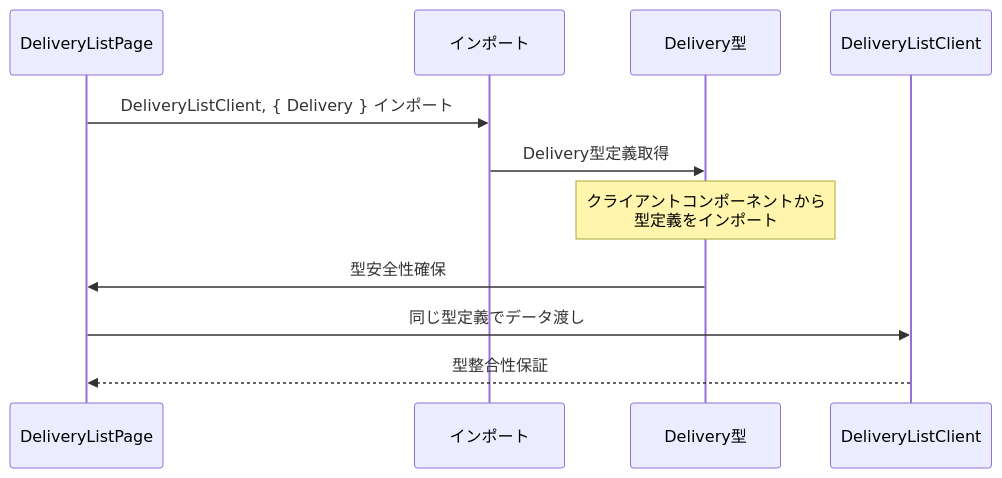
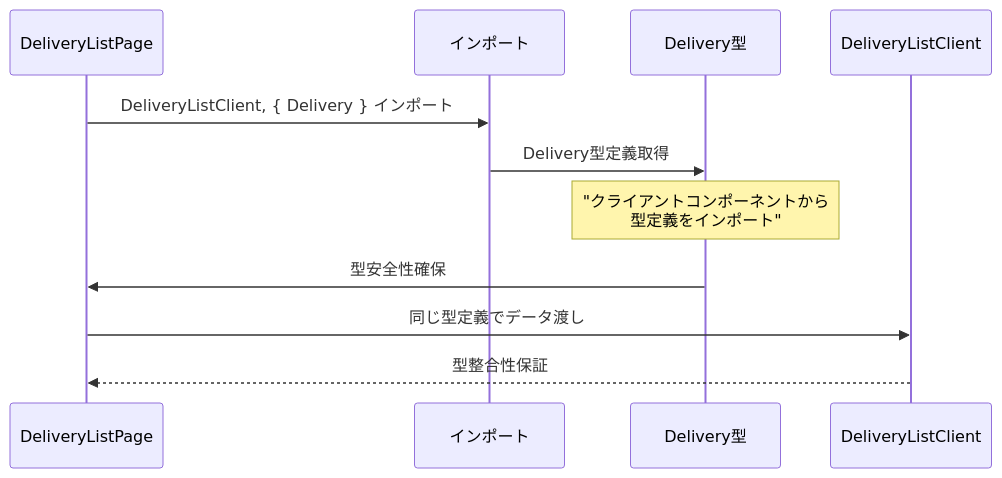
Before and after one commit to wasabi49/ocs-systemDevelopmentExercises: the sixth of 11 diagrams in document/pages/sequence/DeliveryList.md, drawn with Mermaid. The commit also changed other lines of this file and 42 other files, not shown here.

First line of the commit message:
fix: mermaidシーケンス図のNote over文でダブルクォーテーション不足を修正

````diff
--- a/document/pages/sequence/DeliveryList.md
+++ b/document/pages/sequence/DeliveryList.md
@@ -123,15 +123,15 @@
 ```mermaid
 sequenceDiagram
     participant Page as DeliveryListPage
     participant Import as インポート
     participant TypeDef as Delivery型
     participant Client as DeliveryListClient
 
     Page->>Import: DeliveryListClient, { Delivery } インポート
     Import->>TypeDef: Delivery型定義取得
-    Note over TypeDef: クライアントコンポーネントから<br/>型定義をインポート
+    Note over TypeDef: "クライアントコンポーネントから<br/>型定義をインポート"
     
     TypeDef->>Page: 型安全性確保
     Page->>Client: 同じ型定義でデータ渡し
     Client-->>Page: 型整合性保証
 ```
````
